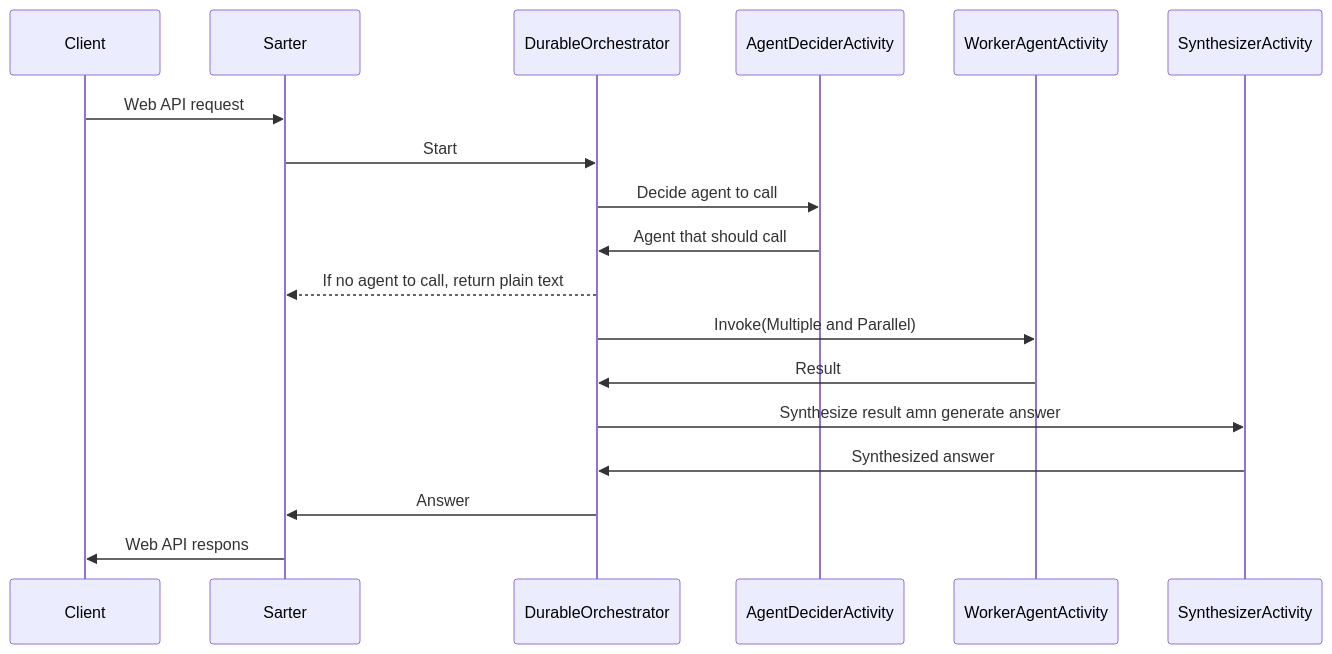
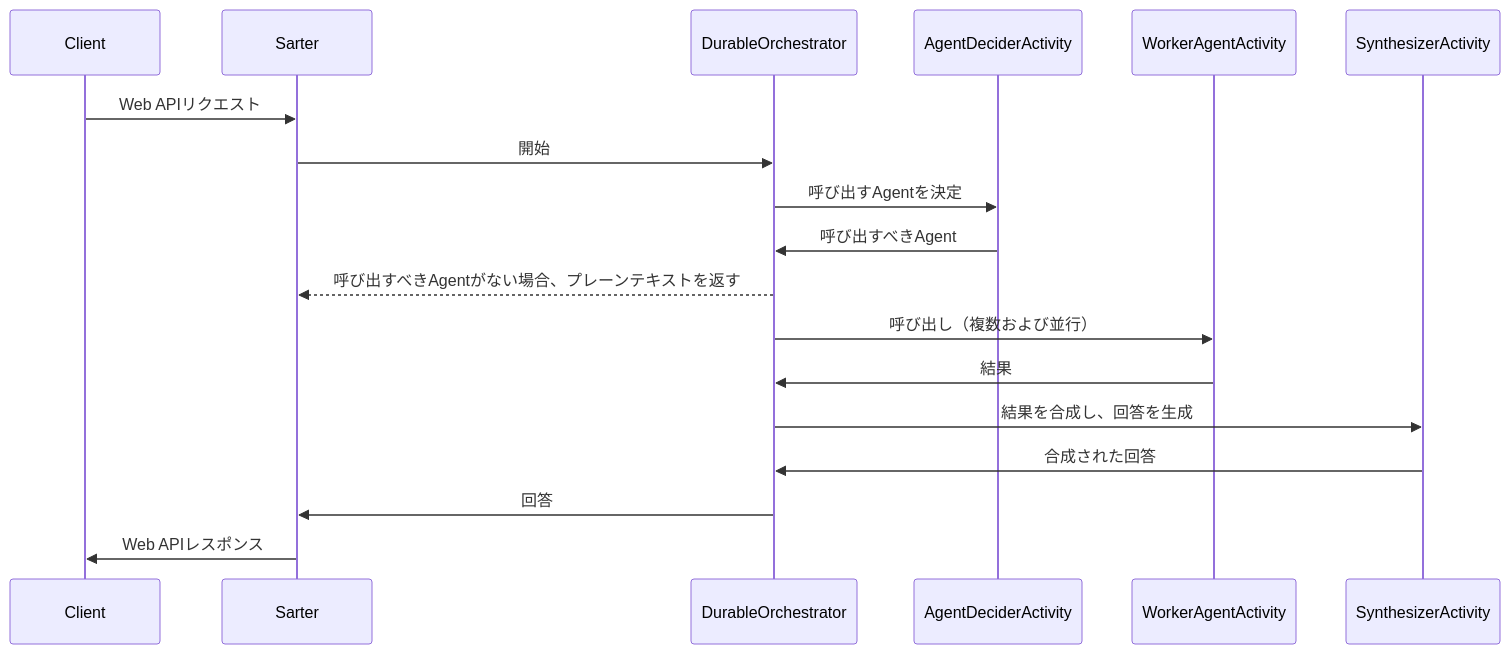
Before and after one commit to 07JP27/DurableMultiAgentTemplate: the diagram in README_ja.md, drawn with Mermaid.

````diff
--- a/README_ja.md
+++ b/README_ja.md
@@ -13,21 +13,21 @@
 ```mermaid
 sequenceDiagram
     participant Client
     participant Sarter
     participant DurableOrchestrator
     participant AgentDeciderActivity
     participant WorkerAgentActivity
     participant SynthesizerActivity
 
-    Client->>Sarter: Web API request
-    Sarter->>DurableOrchestrator: Start 
-    DurableOrchestrator ->> AgentDeciderActivity: Decide agent to call
-    AgentDeciderActivity ->> DurableOrchestrator: Agent that should call
-    DurableOrchestrator -->> Sarter: If no agent to call, return plain text
-    DurableOrchestrator ->> WorkerAgentActivity: Invoke(Multiple and Parallel)
-    WorkerAgentActivity ->> DurableOrchestrator: Result
-    DurableOrchestrator ->> SynthesizerActivity: Synthesize result amn generate answer
-    SynthesizerActivity ->> DurableOrchestrator: Synthesized answer
-    DurableOrchestrator ->> Sarter: Answer
-    Sarter ->> Client: Web API respons
+    Client->>Sarter: Web APIリクエスト
+    Sarter->>DurableOrchestrator: 開始 
+    DurableOrchestrator ->> AgentDeciderActivity: 呼び出すAgentを決定
+    AgentDeciderActivity ->> DurableOrchestrator: 呼び出すべきAgent
+    DurableOrchestrator -->> Sarter: 呼び出すべきAgentがない場合、プレーンテキストを返す
+    DurableOrchestrator ->> WorkerAgentActivity: 呼び出し（複数および並行）
+    WorkerAgentActivity ->> DurableOrchestrator: 結果
+    DurableOrchestrator ->> SynthesizerActivity: 結果を合成し、回答を生成
+    SynthesizerActivity ->> DurableOrchestrator: 合成された回答
+    DurableOrchestrator ->> Sarter: 回答
+    Sarter ->> Client: Web APIレスポンス
 ```
````
